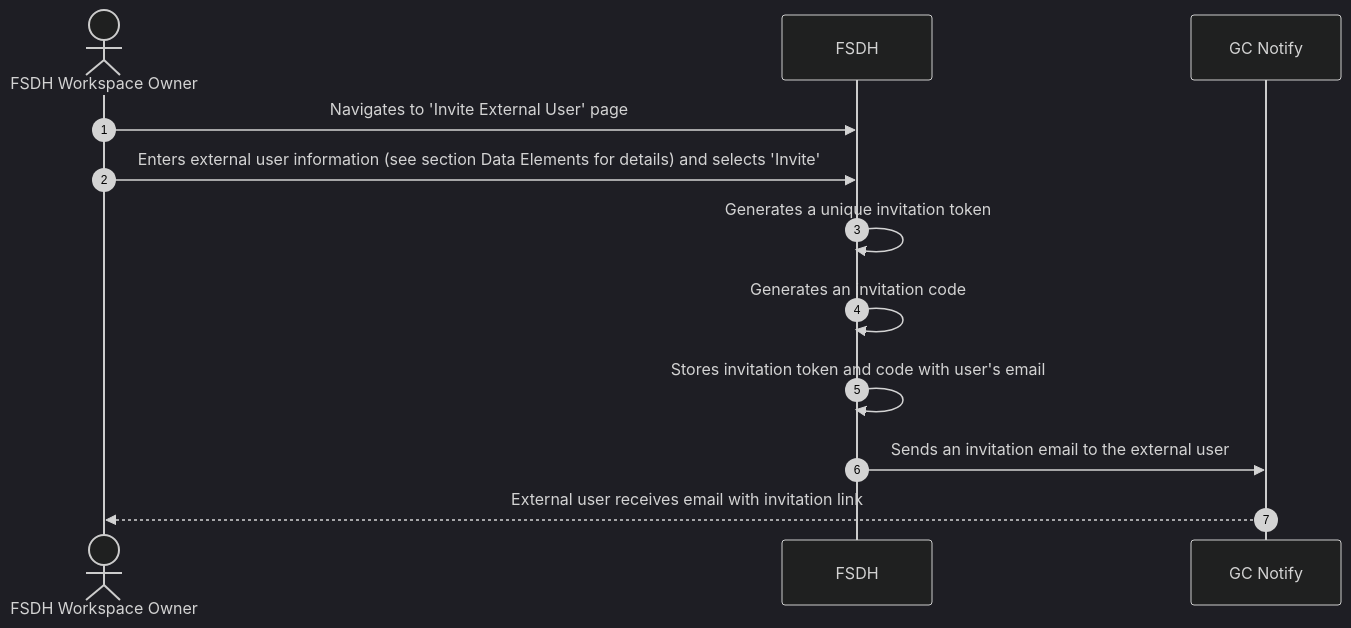
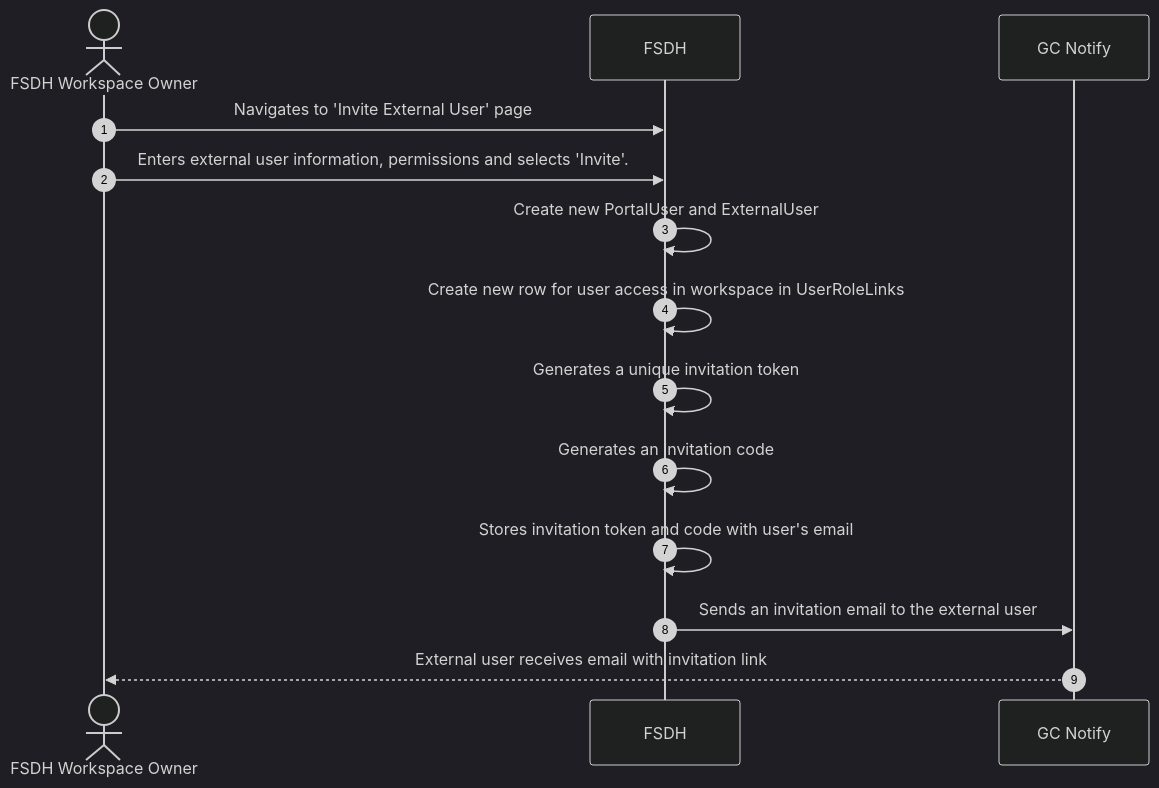
The fifth of 11 diagrams in DeveloperGuide/GCCF/oidc_flow.md (ssc-sp/datahub-docs), drawn with Mermaid (dark theme) before and after one commit. The commit also changed other lines of this file, not shown here.

Commit message:
improved flows to handle existing users

````diff
--- a/DeveloperGuide/GCCF/oidc_flow.md
+++ b/DeveloperGuide/GCCF/oidc_flow.md
@@ -95,15 +135,17 @@
 ```mermaid
 sequenceDiagram
     actor User as FSDH Workspace Owner
     participant FSDH as FSDH
     participant Email as GC Notify
 
     autonumber
     User->>FSDH: Navigates to 'Invite External User' page
-    User->>FSDH: Enters external user information (see section Data Elements for details) and selects 'Invite'
+    User->>FSDH: Enters external user information, permissions and selects 'Invite'.
+    FSDH->>FSDH: Create new PortalUser and ExternalUser
+    FSDH->>FSDH: Create new row for user access in workspace in UserRoleLinks
     FSDH->>FSDH: Generates a unique invitation token
     FSDH->>FSDH: Generates an invitation code
     FSDH->>FSDH: Stores invitation token and code with user's email
     FSDH->>Email: Sends an invitation email to the external user
     Email-->>User: External user receives email with invitation link
 ```
````
